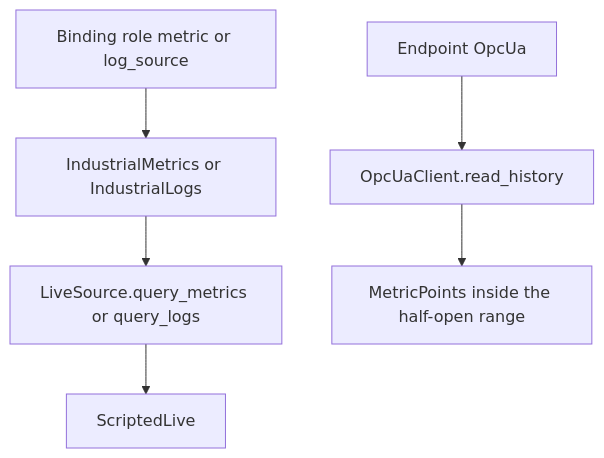
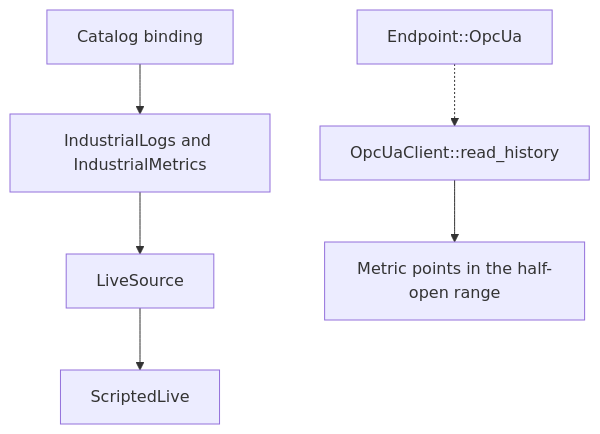
The diagram in backlog/docs/reference/opc-ua/doc-7 - OPC-UA.md (A3Analytics/a2a-lab-dev-kit-rs), drawn with Mermaid before and after one commit. The commit also changed other lines of this file and 20 other files, not shown here.

````diff
--- a/backlog/docs/reference/opc-ua/doc-7 - OPC-UA.md
+++ b/backlog/docs/reference/opc-ua/doc-7 - OPC-UA.md
@@ -17,8 +19,10 @@
 ```mermaid
 flowchart TD
-  binding["Binding role metric or log_source"] --> industrial["IndustrialMetrics or IndustrialLogs"]
-  industrial --> live["LiveSource.query_metrics or query_logs"]
+  accTitle: Live source and history helper
+  accDescr: A catalog binding reaches IndustrialLogs and IndustrialMetrics. Those providers call LiveSource, and ScriptedLive implements it. An endpoint reaches OpcUaClient read_history on a separate path and returns metric points.
+  binding["Catalog binding"] --> providers["IndustrialLogs and IndustrialMetrics"]
+  providers --> live["LiveSource"]
   live --> scripted["ScriptedLive"]
-  endpoint["Endpoint OpcUa"] --> reader["OpcUaClient.read_history"]
-  reader --> points["MetricPoints inside the half-open range"]
+  endpoint["Endpoint::OpcUa"] -.-> helper["OpcUaClient::read_history"]
+  helper --> points["Metric points in the half-open range"]
 ```
````
